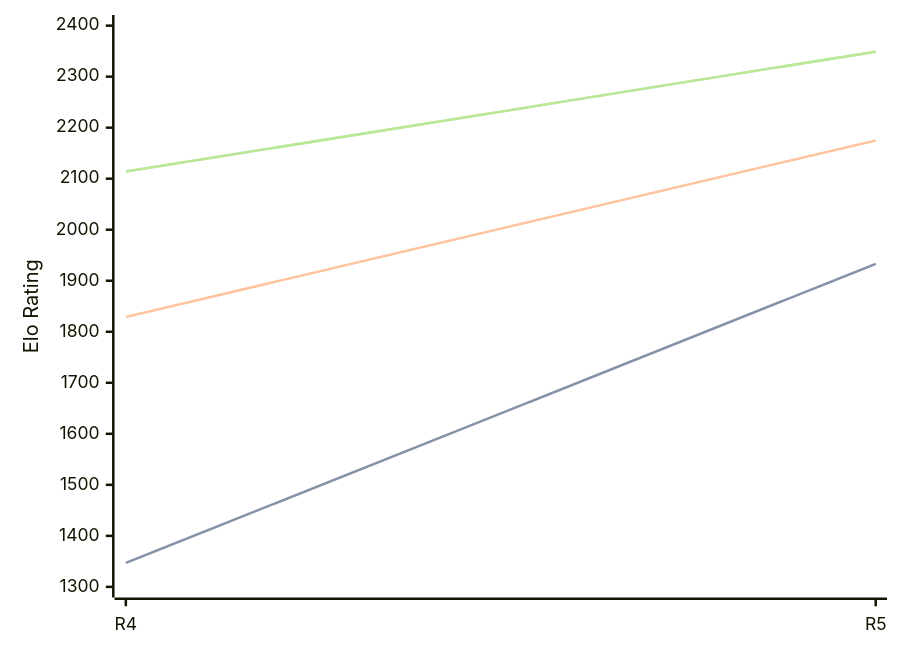
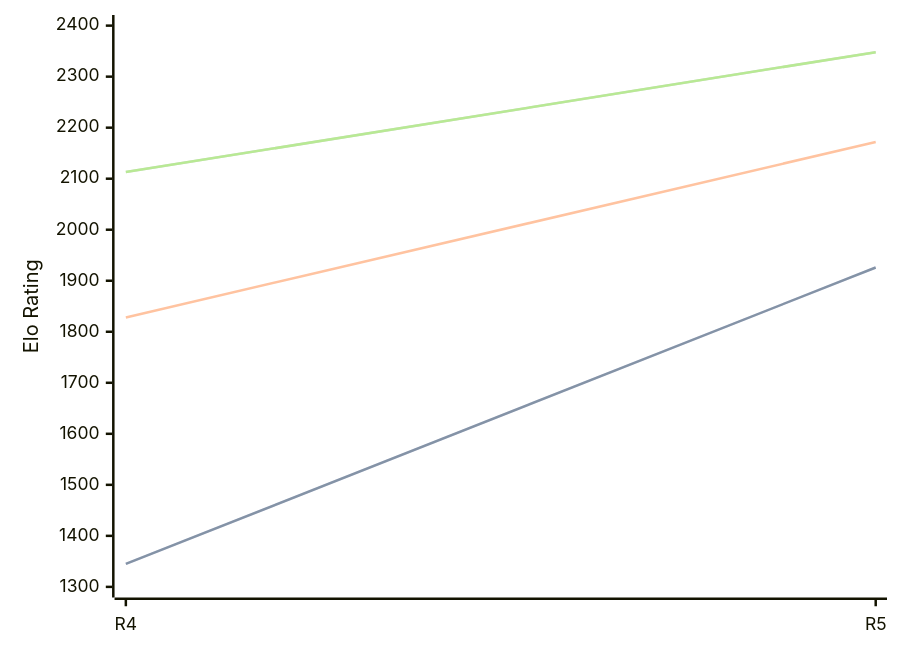
The diagram in engines/Viking.md (computer-chess-index/cci), drawn with Mermaid before and after one commit. The commit also changed other lines of this file, not shown here.

Commit message:
Update CCI Ratings (ELO VLTC) - 2026-05-22

````diff
--- a/engines/Viking.md
+++ b/engines/Viking.md
@@ -35,11 +35,11 @@
 ```mermaid
 %%{init: {"theme":"base","themeVariables":{"seriesColors:['#a3a3a3','#222221','#faa371']}}}%%
 xychart-beta
   x-axis ["R4", "R5"]
   y-axis "Elo Rating" 1300 --> 2400
-  line "STC (8.0+0.08s)" [1347, 1933]
-  line "STC (8.0+0.08s)" [1347, 1933]
-  line "LTC (60.0+0.60s)" [1829, 2175]
-  line "VLTC (2m24s+1.12s)" [2114, 2349]
-  line "VLTC (2m24s+1.12s)" [2114, 2349]
+  line "STC (8.0+0.08s)" [1345, 1926]
+  line "STC (8.0+0.08s)" [1345, 1926]
+  line "LTC (60.0+0.60s)" [1828, 2172]
+  line "VLTC (2m24s+1.12s)" [2113, 2348]
+  line "VLTC (2m24s+1.12s)" [2113, 2348]
 ```
````
